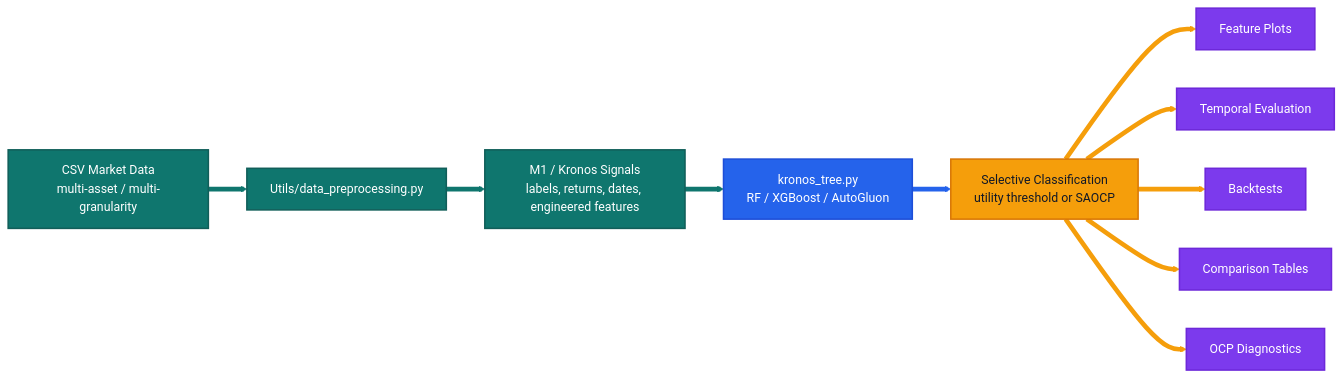
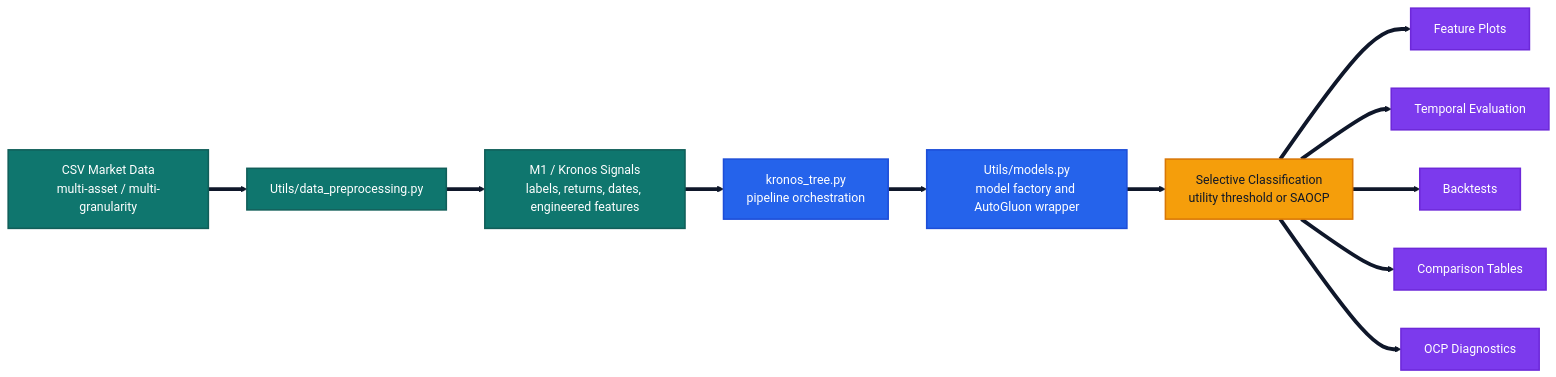
Before and after one commit to Pablo-Molla-Charlez/SecondaryModel: the first of 2 diagrams in README.md, drawn with Mermaid. The commit also changed other lines of this file and 5 other files, not shown here.

````diff
--- a/README.md
+++ b/README.md
@@ -31,24 +36,23 @@
 ```mermaid
 %%{init: {'theme': 'base', 'themeVariables': { 'primaryColor': '#0f766e', 'primaryBorderColor': '#115e59', 'primaryTextColor': '#ffffff', 'secondaryColor': '#f59e0b', 'tertiaryColor': '#dbeafe', 'lineColor': '#0f172a', 'background': '#ffffff'}}}%%
 flowchart LR
     A[CSV Market Data<br/>multi-asset / multi-granularity] --> B[Utils/data_preprocessing.py]
     B --> C[M1 / Kronos Signals<br/>labels, returns, dates, engineered features]
-    C --> D[kronos_tree.py<br/>RF / XGBoost / AutoGluon]
-    D --> E[Selective Classification<br/>utility threshold or SAOCP]
+    C --> D[kronos_tree.py<br/>pipeline orchestration]
+    D --> K[Utils/models.py<br/>model factory and AutoGluon wrapper]
+    K --> E[Selective Classification<br/>utility threshold or SAOCP]
     E --> F[Feature Plots]
     E --> G[Temporal Evaluation]
     E --> H[Backtests]
     E --> I[Comparison Tables]
     E --> J[OCP Diagnostics]
     classDef input fill:#0f766e,stroke:#115e59,color:#ffffff,stroke-width:2px;
     classDef model fill:#2563eb,stroke:#1d4ed8,color:#ffffff,stroke-width:2px;
     classDef select fill:#f59e0b,stroke:#d97706,color:#111827,stroke-width:2px;
     classDef report fill:#7c3aed,stroke:#6d28d9,color:#ffffff,stroke-width:2px;
     class A,B,C input;
-    class D model;
+    class D,K model;
     class E select;
     class F,G,H,I,J report;
-    linkStyle 0,1,2 stroke:#0f766e,stroke-width:6px;
-    linkStyle 3 stroke:#2563eb,stroke-width:6px;
-    linkStyle 4,5,6,7,8 stroke:#f59e0b,stroke-width:6px;
+    linkStyle default stroke:#0f172a,stroke-width:5px;
 ```
````
